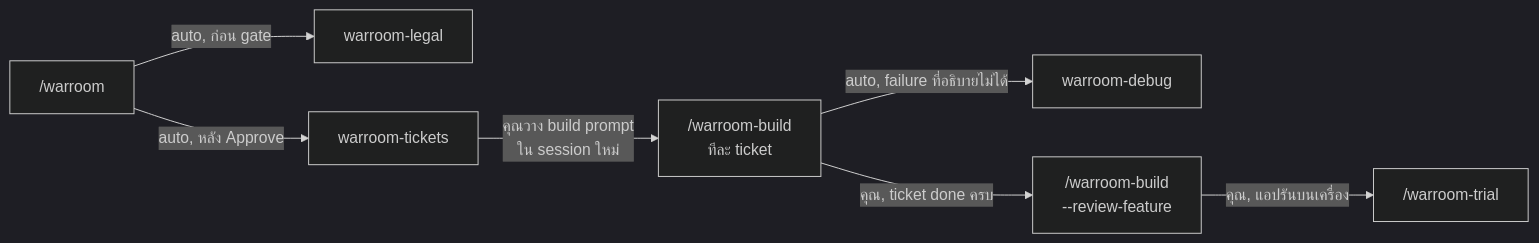
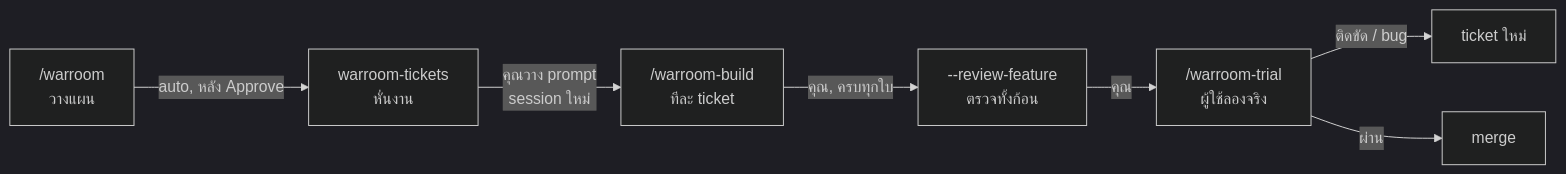
The first of 8 diagrams in docs/flow.th.md (mousemouse094526/kiki-kit), drawn with Mermaid (dark theme) before and after one commit. The commit also changed other lines of this file and 1 other file, not shown here.

Commit message:
docs(flow): per-skill flows with steps, glossary, and what you type

````diff
--- a/docs/flow.th.md
+++ b/docs/flow.th.md
@@ -13,17 +42,17 @@
 ```mermaid
 flowchart LR
-    W["/warroom"]
-    L["warroom-legal"]
-    T["warroom-tickets"]
+    W["/warroom<br/>วางแผน"]
+    T["warroom-tickets<br/>หั่นงาน"]
     B["/warroom-build<br/>ทีละ ticket"]
-    D["warroom-debug"]
-    R["/warroom-build<br/>--review-feature"]
-    TR["/warroom-trial"]
+    R["--review-feature<br/>ตรวจทั้งก้อน"]
+    TR["/warroom-trial<br/>ผู้ใช้ลองจริง"]
+    NT["ticket ใหม่"]
+    M["merge"]
 
-    W -->|auto, ก่อน gate| L
     W -->|auto, หลัง Approve| T
-    T -->|คุณวาง build prompt<br/>ใน session ใหม่| B
-    B -->|auto, failure ที่อธิบายไม่ได้| D
-    B -->|คุณ, ticket done ครบ| R
-    R -->|คุณ, แอปรันบนเครื่อง| TR
+    T -->|คุณวาง prompt<br/>session ใหม่| B
+    B -->|คุณ, ครบทุกใบ| R
+    R -->|คุณ| TR
+    TR -->|ติดขัด / bug| NT
+    TR -->|ผ่าน| M
 ```
````
